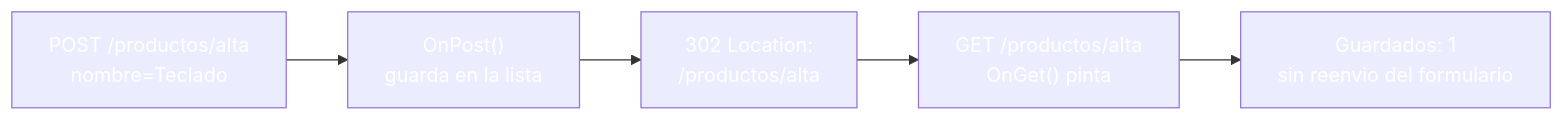
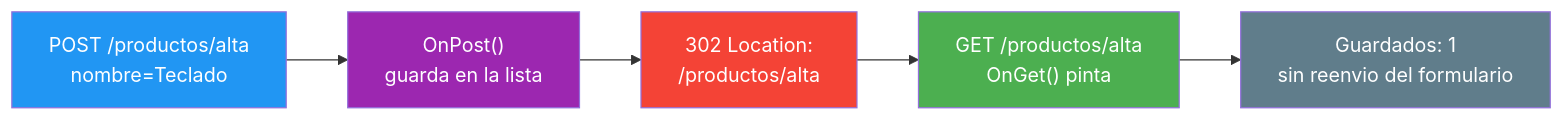
One commit to joseluisgs/DesarrolloWebEntornosServidor-03-2026-2027 changed the third of 4 diagrams in 11-razorpages-pagemodel-handlers.md. Above: the diagram before and after it, drawn with Mermaid. The commit also changed other lines of this file and 25 other files, not shown here.

Commit message:
docs: corregir los estilos Mermaid de los temas y alinear el dominio del tema 25 con ProductosApp

````diff
--- a/11-razorpages-pagemodel-handlers.md
+++ b/11-razorpages-pagemodel-handlers.md
@@ -217,12 +217,12 @@
 ```mermaid
 graph LR
     A["POST /productos/alta<br/>nombre=Teclado"] --> B["OnPost()<br/>guarda en la lista"]
     B --> C["302 Location:<br/>/productos/alta"]
     C --> D["GET /productos/alta<br/>OnGet() pinta"]
     D --> E["Guardados: 1<br/>sin reenvio del formulario"]
-    style A fill:#2196F,color:#fff3,color:#fff
-    style B fill:#9C27B,color:#fff0,color:#fff
-    style C fill:#f4433,color:#fff6,color:#fff
-    style D fill:#4CAF5,color:#fff0,color:#fff
-    style E fill:#607D8,color:#fffB,color:#fff
+    style A fill:#2196F3,color:#fff
+    style B fill:#9C27B0,color:#fff
+    style C fill:#f44336,color:#fff
+    style D fill:#4CAF50,color:#fff
+    style E fill:#607D8B,color:#fff
 ```
````
